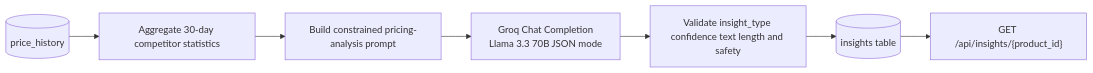
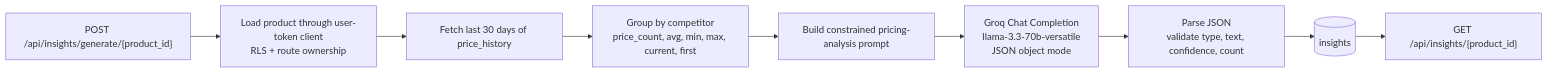
Before and after one commit to dreww01/pricehawk: the sixth of 6 diagrams in docs/architecture.md, drawn with Mermaid. The commit also changed other lines of this file and 1 other file, not shown here.

Commit message:
feat(orc-31): apply build directive (the architecture.md and logic_used.md is too conso)

````diff
--- a/docs/architecture.md
+++ b/docs/architecture.md
@@ -126,9 +287,11 @@
 ```mermaid
 flowchart LR
-    History[("price_history")] --> Aggregate["Aggregate 30-day competitor statistics"]
+    Request["POST /api/insights/generate/{product_id}"] --> Ownership["Load product through user-token client\nRLS + route ownership"]
+    Ownership --> Window["Fetch last 30 days of price_history"]
+    Window --> Aggregate["Group by competitor\nprice_count, avg, min, max, current, first"]
     Aggregate --> Prompt["Build constrained pricing-analysis prompt"]
-    Prompt --> Groq["Groq Chat Completion<br/>Llama 3.3 70B JSON mode"]
-    Groq --> Validate["Validate insight_type confidence text length and safety"]
-    Validate --> Store[("insights table")]
+    Prompt --> Groq["Groq Chat Completion\nllama-3.3-70b-versatile\nJSON object mode"]
+    Groq --> Validate["Parse JSON\nvalidate type, text, confidence, count"]
+    Validate --> Store[("insights")]
     Store --> API["GET /api/insights/{product_id}"]
 ```
````
